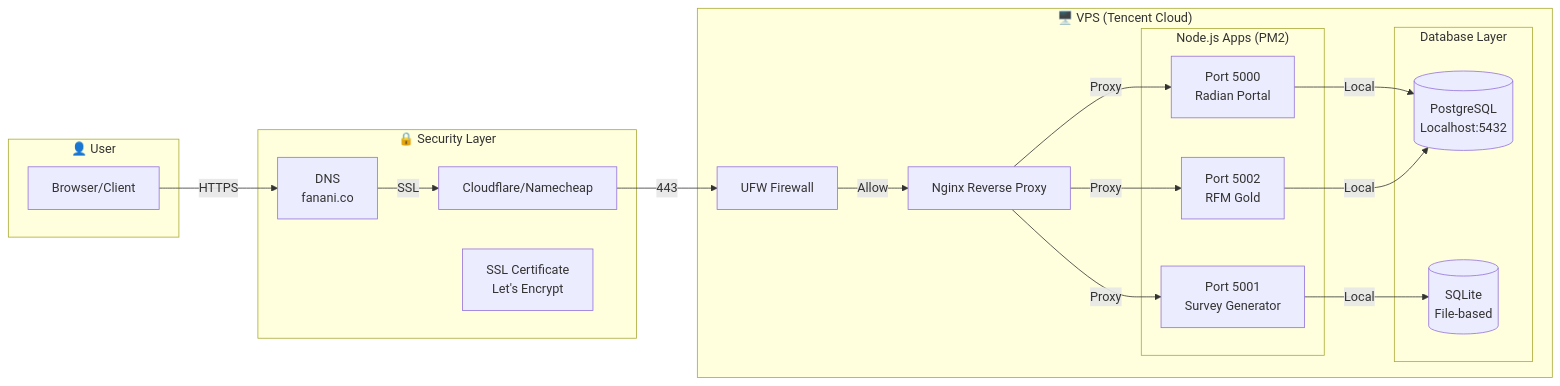
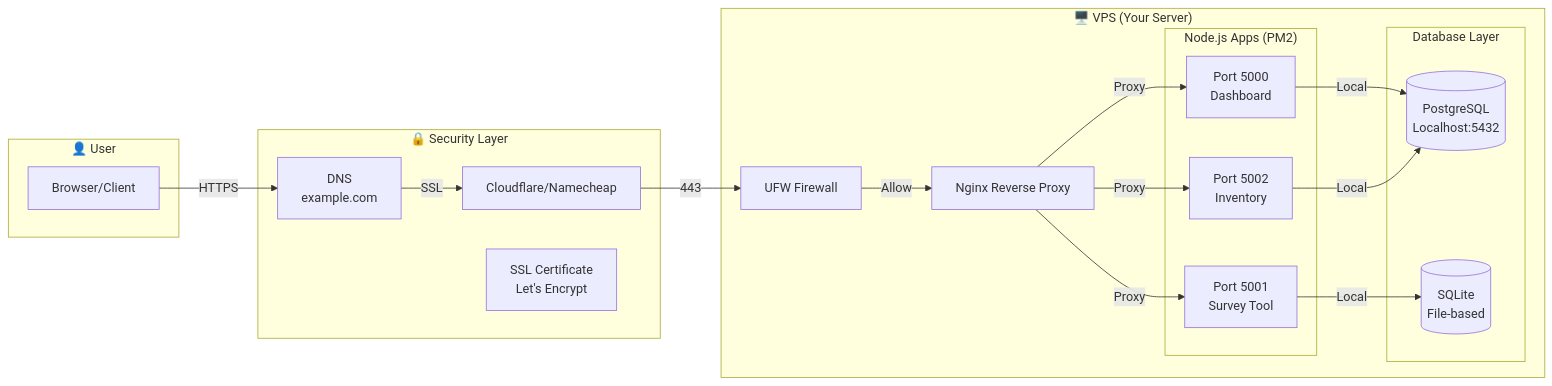
One commit to fanani-radian/openclaw-sumopod changed the second of 10 diagrams in docs/use-cases/vps-multi-app-migration.md. Above: the diagram before and after it, drawn with Mermaid. The commit also changed other lines of this file and 1 other file, not shown here.

First line of the commit message:
fix: Replace real data with generic examples in VPS migration docs

````diff
--- a/docs/use-cases/vps-multi-app-migration.md
+++ b/docs/use-cases/vps-multi-app-migration.md
@@ -45,39 +45,39 @@
 ```mermaid
 flowchart LR
     subgraph User["👤 User"]
         Browser[Browser/Client]
     end
     
     subgraph Security["🔒 Security Layer"]
-        DNS[DNS<br/>fanani.co]
+        DNS[DNS<br/>example.com]
         CF[Cloudflare/Namecheap]
         SSL[SSL Certificate<br/>Let's Encrypt]
     end
     
-    subgraph VPS["🖥️ VPS (Tencent Cloud)"]
+    subgraph VPS["🖥️ VPS (Your Server)"]
         UFW[UFW Firewall]
         Nginx[Nginx Reverse Proxy]
         
         subgraph Apps["Node.js Apps (PM2)"]
-            A1[Port 5000<br/>Radian Portal]
-            A2[Port 5001<br/>Survey Generator]
-            A3[Port 5002<br/>RFM Gold]
+            A1[Port 5000<br/>Dashboard]
+            A2[Port 5001<br/>Survey Tool]
+            A3[Port 5002<br/>Inventory]
         end
         
         subgraph Database["Database Layer"]
             PG[(PostgreSQL<br/>Localhost:5432)]
             SQLite[(SQLite<br/>File-based)]
         end
     end
     
     Browser -->|HTTPS| DNS
     DNS -->|SSL| CF
     CF -->|443| UFW
     UFW -->|Allow| Nginx
     Nginx -->|Proxy| A1
     Nginx -->|Proxy| A2
     Nginx -->|Proxy| A3
     A1 -->|Local| PG
     A2 -->|Local| SQLite
     A3 -->|Local| PG
 ```
````
